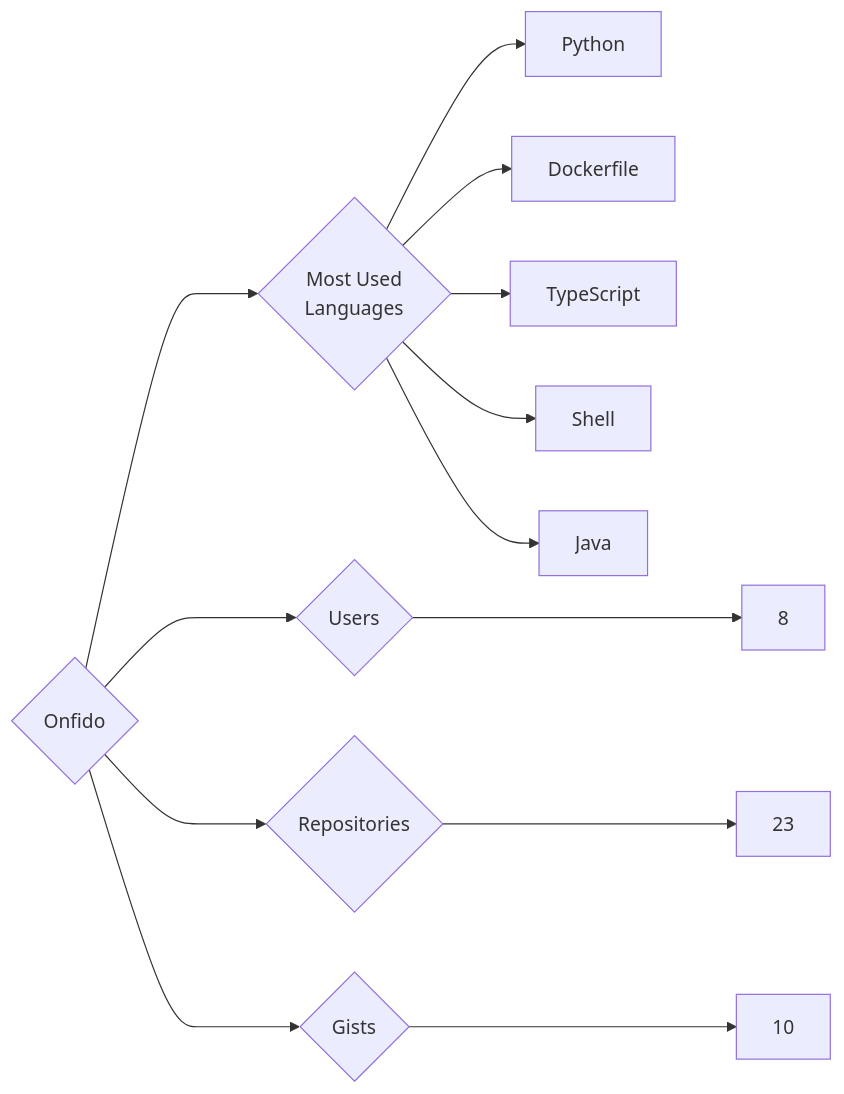
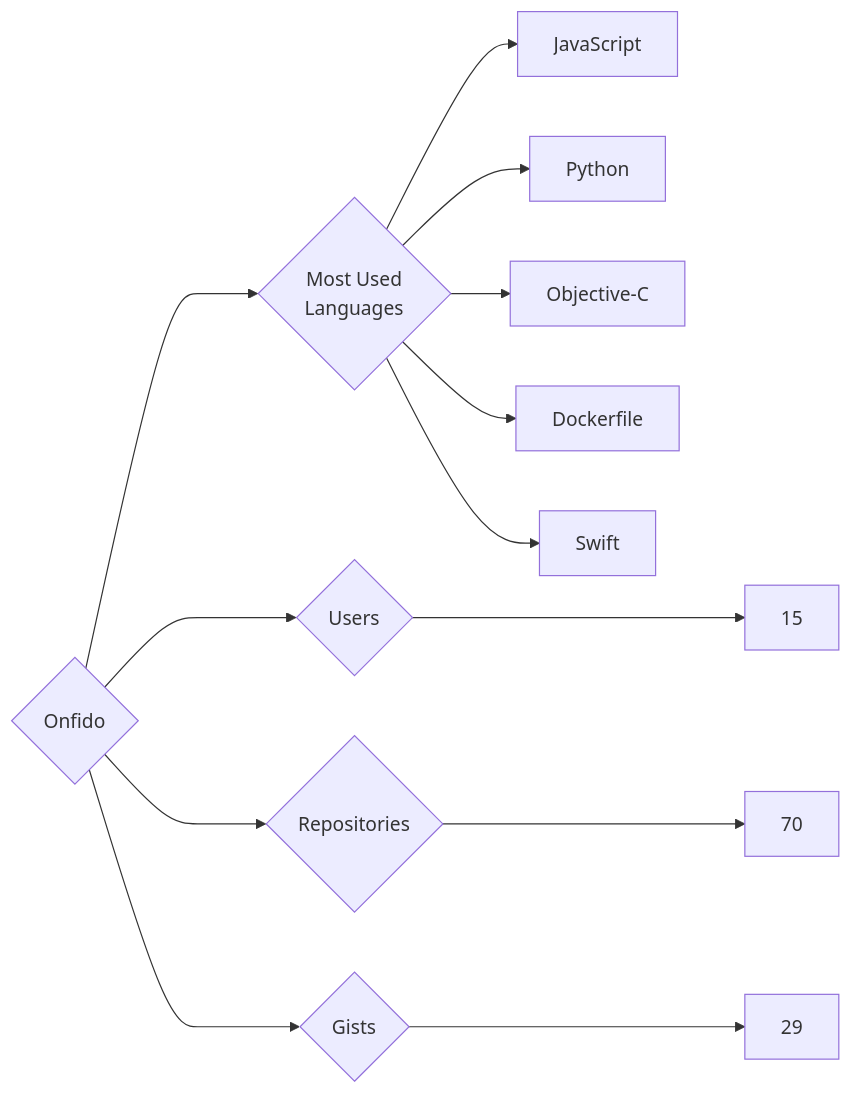
Before and after one commit to trickest/insiders: the diagram in targets/Onfido/README.md, drawn with Mermaid. The commit also changed 1484 other files, not shown here.

````diff
--- a/targets/Onfido/README.md
+++ b/targets/Onfido/README.md
@@ -3,13 +3,13 @@
 ```mermaid
 graph LR
 COMPANY_NAME{Onfido}
-COMPANY_NAME ---> U{Users} ---> UN[8]
-COMPANY_NAME ---> R{Repositories} ---> RN[23]
-COMPANY_NAME ---> G{Gists} ---> GN[10]
+COMPANY_NAME ---> U{Users} ---> UN[15]
+COMPANY_NAME ---> R{Repositories} ---> RN[70]
+COMPANY_NAME ---> G{Gists} ---> GN[29]
 COMPANY_NAME ---> ML{Most Used<br>Languages}
+ML --> JavaScript[JavaScript]
 ML --> Python[Python]
+ML --> Objective-C[Objective-C]
 ML --> Dockerfile[Dockerfile]
-ML --> TypeScript[TypeScript]
-ML --> Shell[Shell]
-ML --> Java[Java]
+ML --> Swift[Swift]
 ```
````
